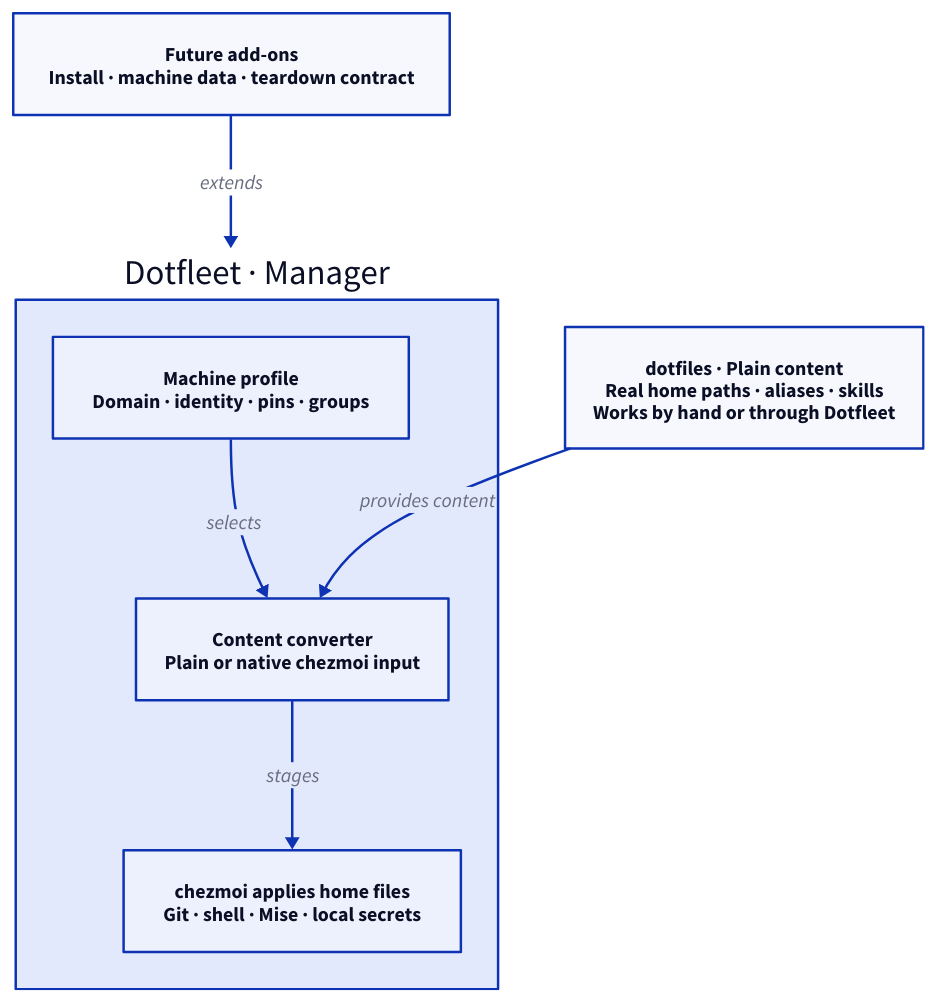
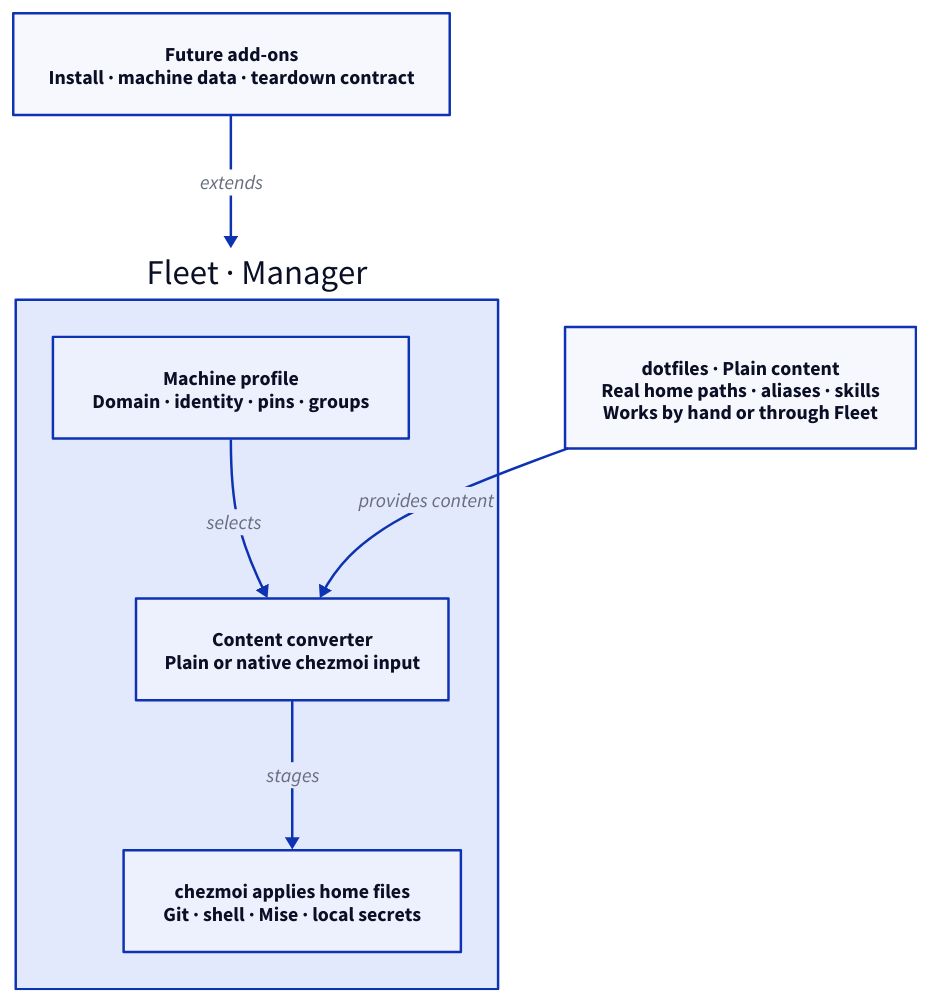
One commit to jeremyspofford/dotfiles changed the diagram in docs/diagrams/layers.d2. Above: the diagram before and after it, drawn with D2. The commit also changed 12 other files, not shown here.

First line of the commit message:
feat: adopt Fleet branding and the fleet content manifest (#21)

```diff
--- a/docs/diagrams/layers.d2
+++ b/docs/diagrams/layers.d2
@@ -1,13 +1,13 @@
 direction: down
-dotfiles: "dotfiles · Plain content\nReal home paths · aliases · skills\nWorks by hand or through Dotfleet"
+dotfiles: "dotfiles · Plain content\nReal home paths · aliases · skills\nWorks by hand or through Fleet"
 dotfleet: {
-  label: "Dotfleet · Manager"
+  label: "Fleet · Manager"
   profile: "Machine profile\nDomain · identity · pins · groups"
   source: "Content converter\nPlain or native chezmoi input"
   home: "chezmoi applies home files\nGit · shell · Mise · local secrets"
   profile -> source: "selects"
   source -> home: "stages"
 }
 dotfiles -> dotfleet.source: "provides content"
 addons: "Future add-ons\nInstall · machine data · teardown contract"
 addons -> dotfleet: "extends"
```
